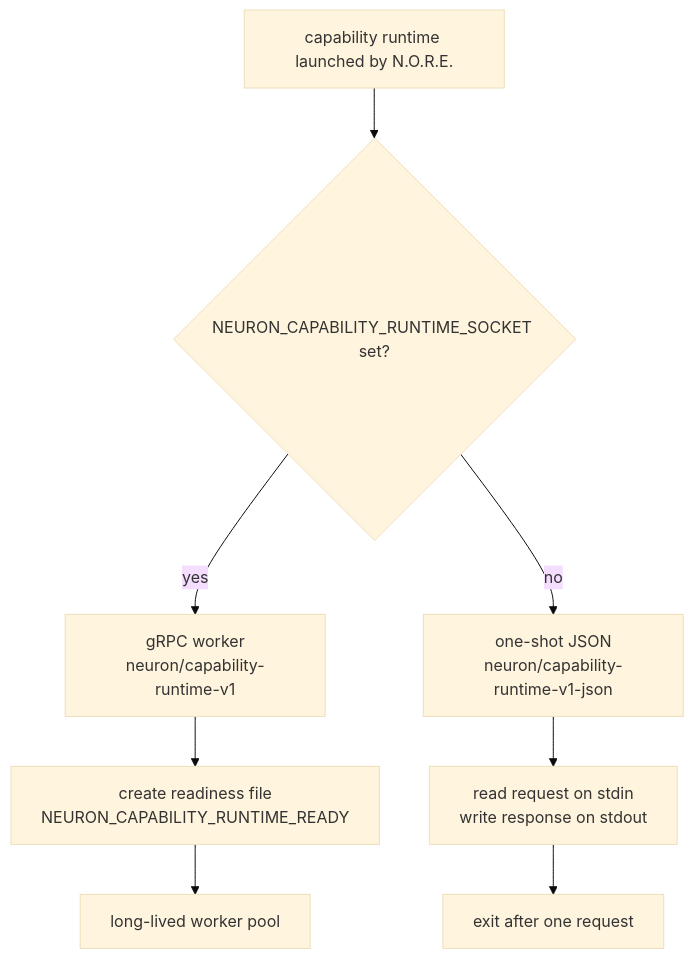
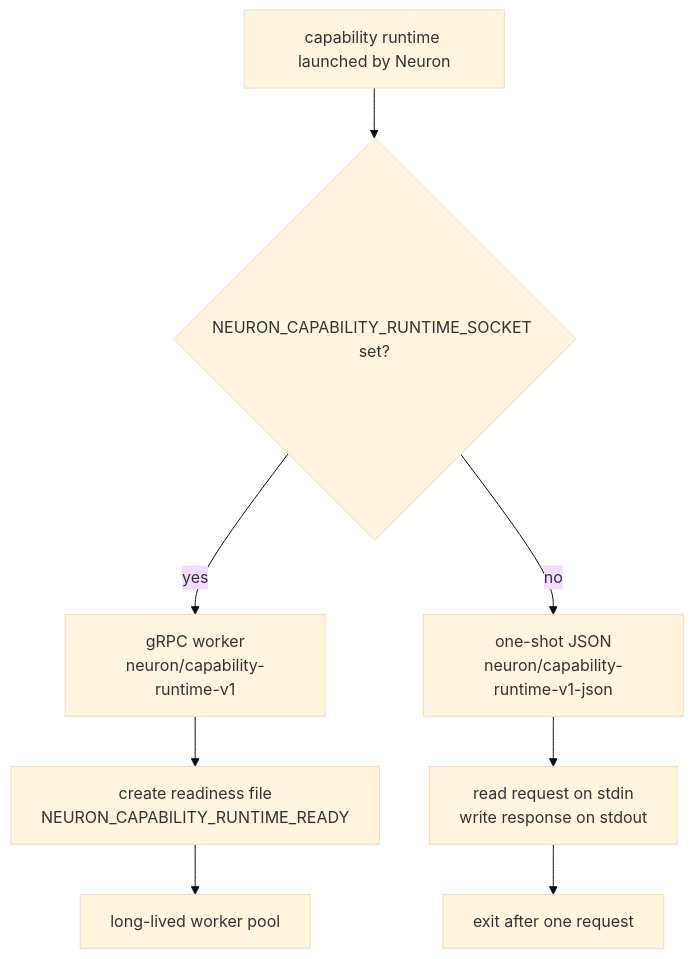
One commit to neuron-runtime/neuron changed the second of 2 diagrams in packages/executor-sdks/golang/README.md. Above: the diagram before and after it, drawn with Mermaid (base theme). The commit also changed other lines of this file and 10 other files, not shown here.

````diff
--- a/packages/executor-sdks/golang/README.md
+++ b/packages/executor-sdks/golang/README.md
@@ -238,10 +238,10 @@
 ```mermaid
 flowchart TD
-    A[capability runtime launched by N.O.R.E.] --> B{NEURON_CAPABILITY_RUNTIME_SOCKET set?}
+    A[capability runtime launched by Neuron] --> B{NEURON_CAPABILITY_RUNTIME_SOCKET set?}
     B -->|yes| C[gRPC worker<br/>neuron/capability-runtime-v1]
     C --> D[create readiness file<br/>NEURON_CAPABILITY_RUNTIME_READY]
     D --> F[long-lived worker pool]
     B -->|no| E[one-shot JSON<br/>neuron/capability-runtime-v1-json]
     E --> G[read request on stdin<br/>write response on stdout]
     G --> H[exit after one request]
 ```
````
